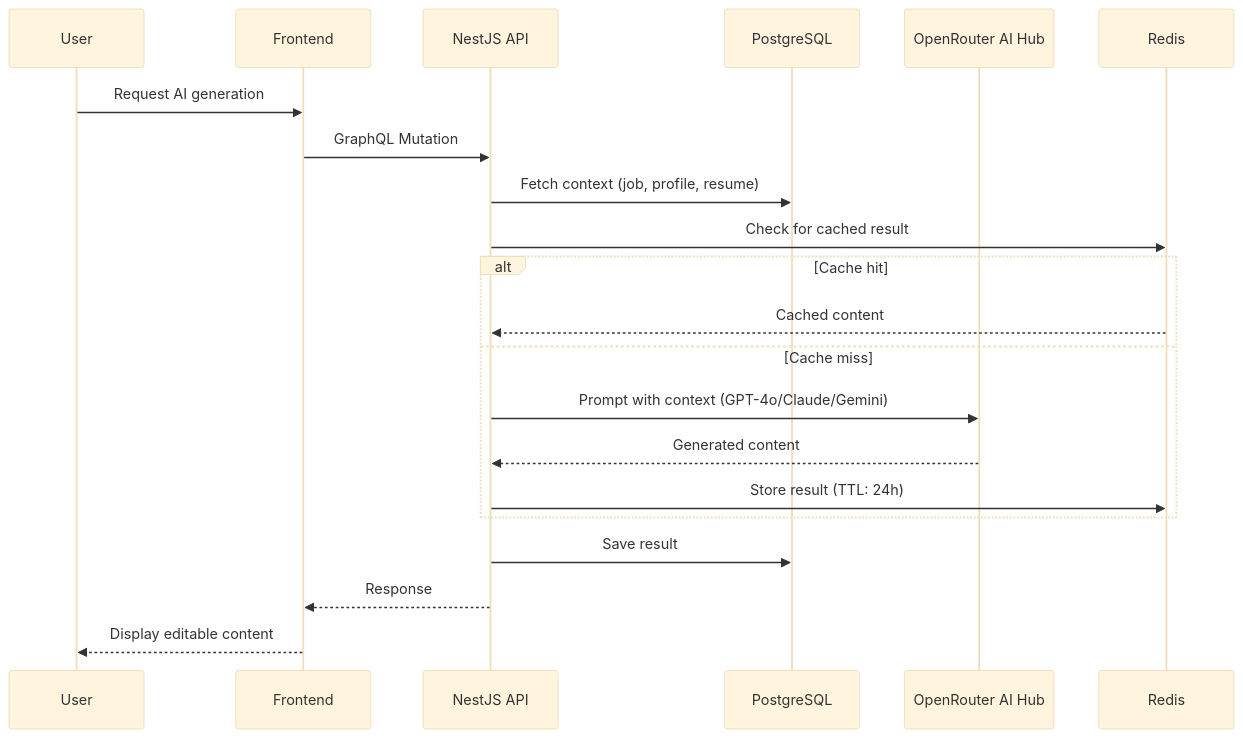
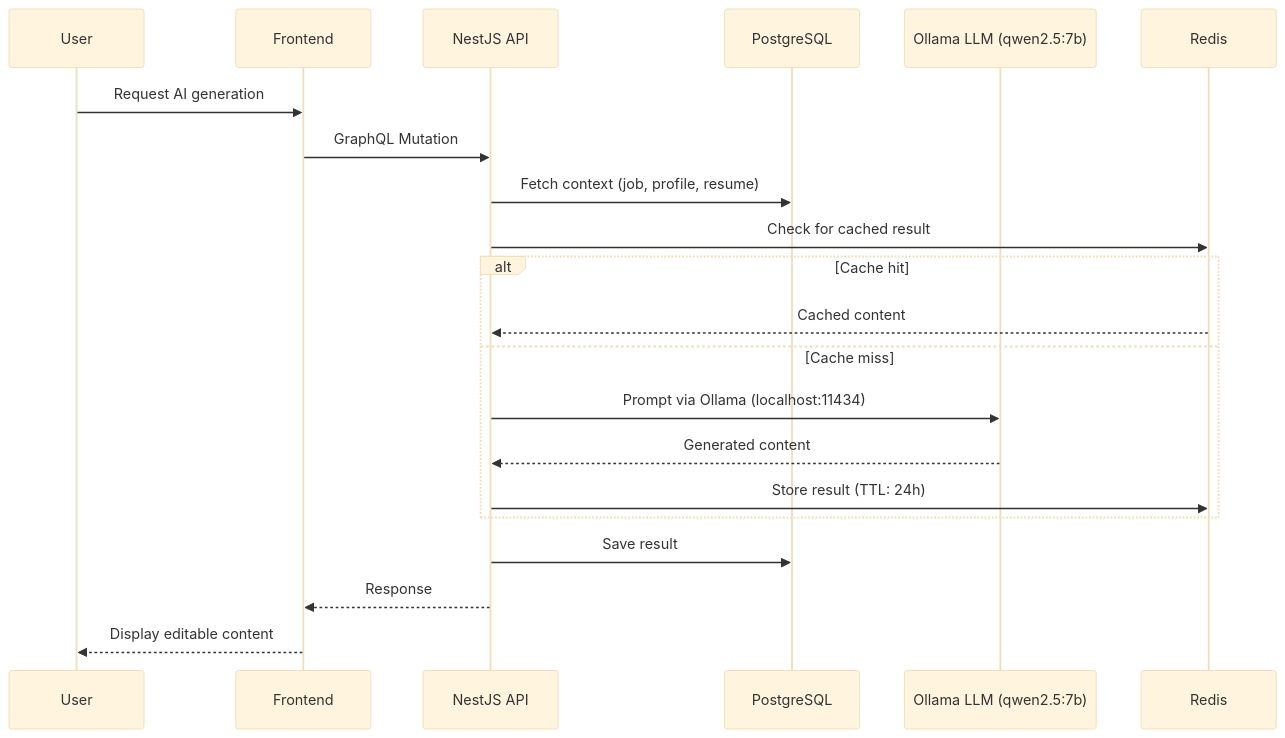
Before and after one commit to asmitrofanov74/JobPilotAI: the ninth of 15 diagrams in docs/system-design.md, drawn with Mermaid (base theme). The commit also changed other lines of this file, not shown here.

````diff
--- a/docs/system-design.md
+++ b/docs/system-design.md
@@ -617,24 +716,24 @@
 ```mermaid
 sequenceDiagram
     participant User
     participant Web as Frontend
     participant API as NestJS API
     participant DB as PostgreSQL
-    participant AI as OpenRouter AI Hub
+    participant AI as Ollama LLM (qwen2.5:7b)
     participant Cache as Redis
 
     User->>Web: Request AI generation
     Web->>API: GraphQL Mutation
     API->>DB: Fetch context (job, profile, resume)
     API->>Cache: Check for cached result
     alt Cache hit
         Cache-->>API: Cached content
     else Cache miss
-        API->>AI: Prompt with context (GPT-4o/Claude/Gemini)
+        API->>AI: Prompt via Ollama (localhost:11434)
         AI-->>API: Generated content
         API->>Cache: Store result (TTL: 24h)
     end
     API->>DB: Save result
     API-->>Web: Response
     Web-->>User: Display editable content
 ```
````
